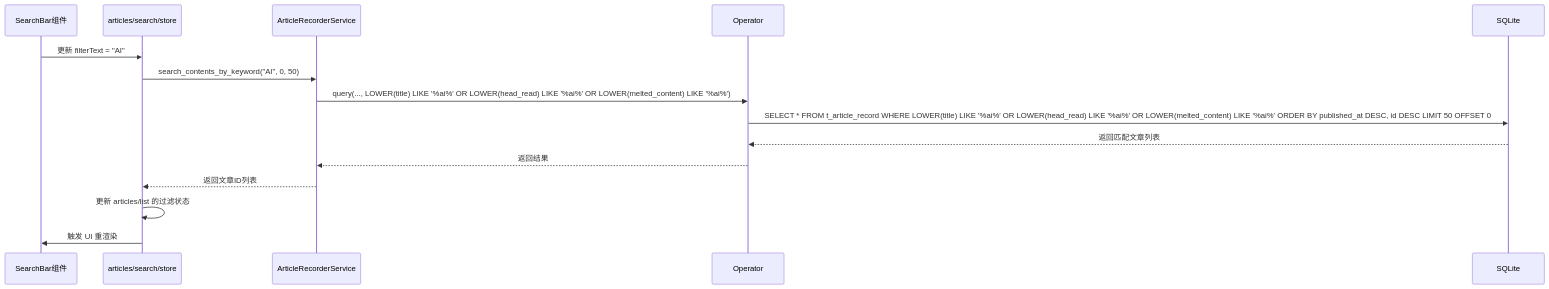
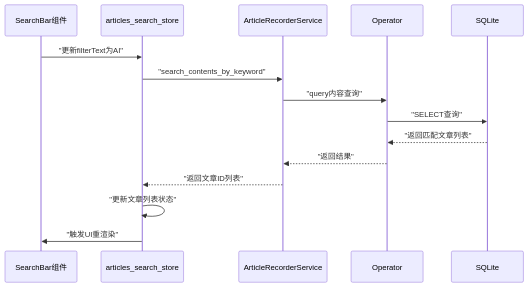
One commit to feiyushe/saga-reader changed the third of 4 diagrams in docs/4、深入探索/数据持久化域.md. Above: the diagram before and after it, drawn with Mermaid. The commit also changed other lines of this file and 1 other file, not shown here.

````diff
--- a/docs/4、深入探索/数据持久化域.md
+++ b/docs/4、深入探索/数据持久化域.md
@@ -177,18 +177,18 @@
 ```mermaid
 sequenceDiagram
     participant SearchBar as SearchBar组件
-    participant Store as articles/search/store
+    participant Store as articles_search_store
     participant Recorder as ArticleRecorderService
     participant Operator as Operator
     participant DB as SQLite
 
-    SearchBar->>Store: 更新 filterText = "AI"
-    Store->>Recorder: search_contents_by_keyword("AI", 0, 50)
-    Recorder->>Operator: query(..., LOWER(title) LIKE '%ai%' OR LOWER(head_read) LIKE '%ai%' OR LOWER(melted_content) LIKE '%ai%')
-    Operator->>DB: SELECT * FROM t_article_record WHERE LOWER(title) LIKE '%ai%' OR LOWER(head_read) LIKE '%ai%' OR LOWER(melted_content) LIKE '%ai%' ORDER BY published_at DESC, id DESC LIMIT 50 OFFSET 0
-    DB-->>Operator: 返回匹配文章列表
-    Operator-->>Recorder: 返回结果
-    Recorder-->>Store: 返回文章ID列表
-    Store->>Store: 更新 articles/list 的过滤状态
-    Store->>SearchBar: 触发 UI 重渲染
+    SearchBar->>Store: "更新filterText为AI"
+    Store->>Recorder: "search_contents_by_keyword"
+    Recorder->>Operator: "query内容查询"
+    Operator->>DB: "SELECT查询"
+    DB-->>Operator: "返回匹配文章列表"
+    Operator-->>Recorder: "返回结果"
+    Recorder-->>Store: "返回文章ID列表"
+    Store->>Store: "更新文章列表状态"
+    Store->>SearchBar: "触发UI重渲染"
 ```
````
